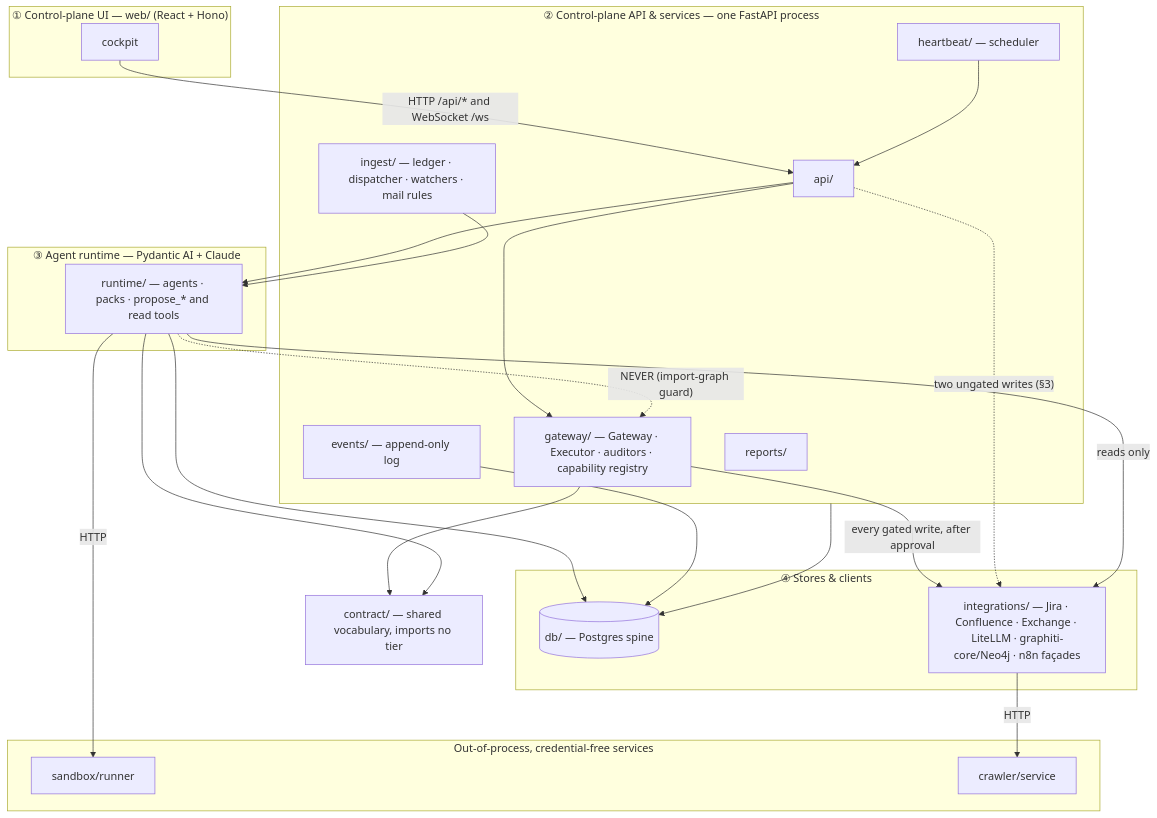
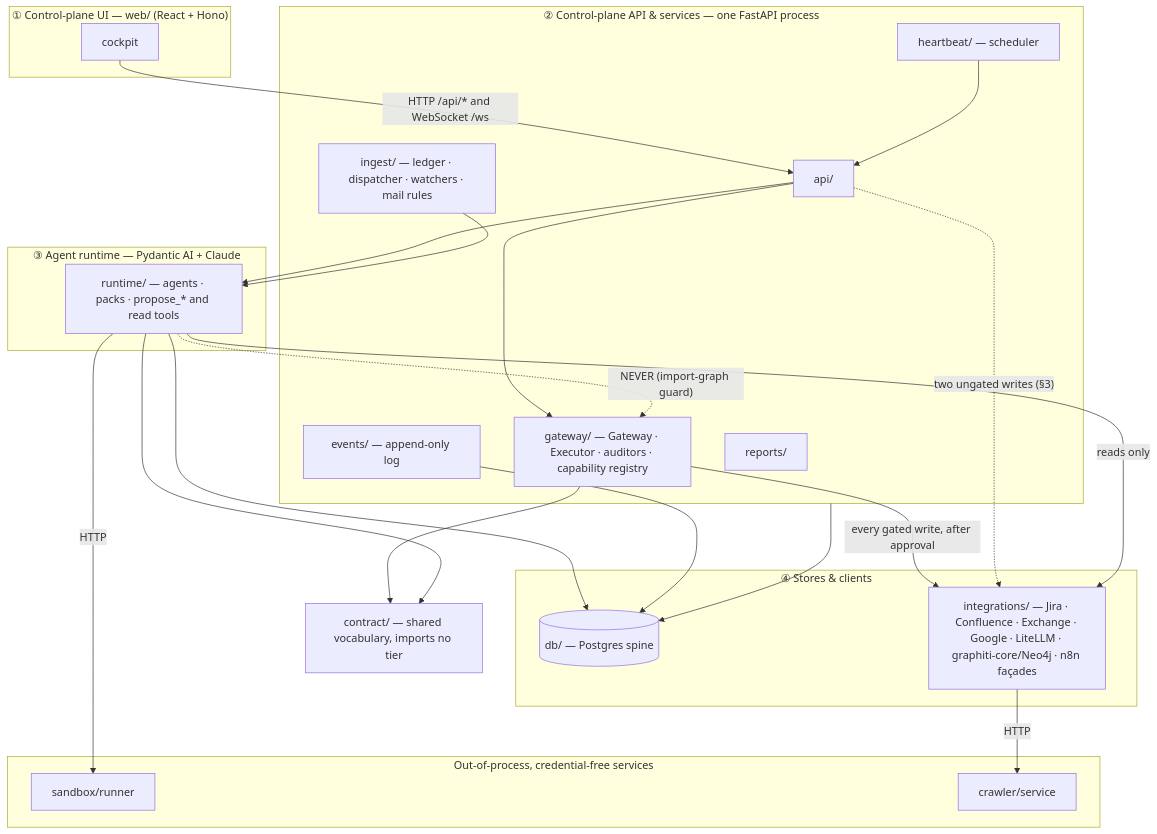
Before and after one commit to codyandrson/central-command: the first of 3 diagrams in docs/ARCHITECTURE.md, drawn with Mermaid. The commit also changed other lines of this file and 26 other files, not shown here.

````diff
--- a/docs/ARCHITECTURE.md
+++ b/docs/ARCHITECTURE.md
@@ -37,43 +37,43 @@
 ```mermaid
 flowchart TB
     subgraph T1["① Control-plane UI — web/ (React + Hono)"]
         UI[cockpit]
     end
     subgraph T2["② Control-plane API & services — one FastAPI process"]
         API[api/]
         GW[gateway/ — Gateway · Executor · auditors · capability registry]
         ING[ingest/ — ledger · dispatcher · watchers · mail rules]
         HB[heartbeat/ — scheduler]
         EV[events/ — append-only log]
         REP[reports/]
     end
     subgraph T3["③ Agent runtime — Pydantic AI + Claude"]
         RT[runtime/ — agents · packs · propose_* and read tools]
     end
     subgraph T4["④ Stores & clients"]
         DB[(db/ — Postgres spine)]
-        INT[integrations/ — Jira · Confluence · Exchange · LiteLLM · graphiti-core/Neo4j · n8n façades]
+        INT[integrations/ — Jira · Confluence · Exchange · Google · LiteLLM · graphiti-core/Neo4j · n8n façades]
     end
     subgraph OOP["Out-of-process, credential-free services"]
         SBX[sandbox/runner]
         CRW[crawler/service]
     end
     CT[contract/ — shared vocabulary, imports no tier]
 
     UI -->|HTTP /api/* and WebSocket /ws| API
     API --> GW
     API --> RT
     ING --> RT
     HB --> API
     GW -->|every gated write, after approval| INT
     API -.->|"two ungated writes (§3)"| INT
     RT -->|reads only| INT
     RT -.->|"NEVER (import-graph guard)"| GW
     RT -->|HTTP| SBX
     INT -->|HTTP| CRW
     T2 --> DB
     RT --> DB
     EV --> DB
     GW --> CT
     RT --> CT
 ```
````
